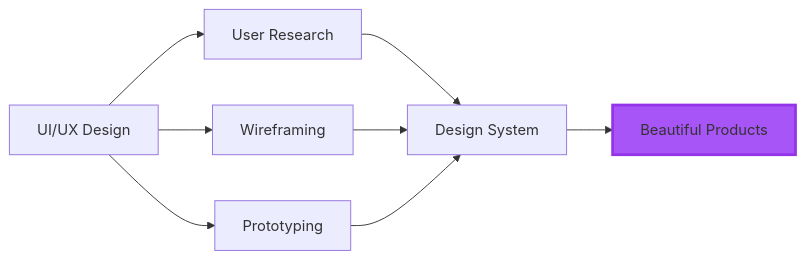
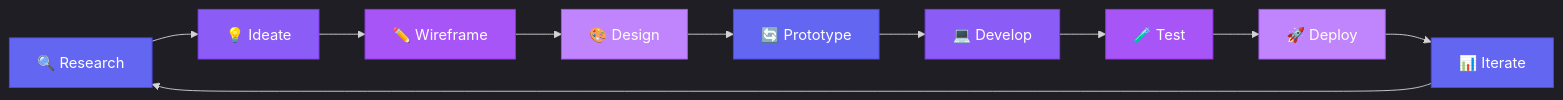
The diagram in README.md (misharasandalidesilva/MisharaSandaliDeSilva), drawn with Mermaid before and after one commit. The commit also changed other lines of this file, not shown here.

````diff
--- a/README.md
+++ b/README.md
@@ -90,11 +106,23 @@
 ```mermaid
+%%{init: {'theme':'dark', 'themeVariables': { 'primaryColor':'#6366F1'}}}%%
 graph LR
-    A[UI/UX Design] --> B[User Research]
-    A --> C[Wireframing]
-    A --> D[Prototyping]
-    B --> E[Design System]
-    C --> E
-    D --> E
-    E --> F[Beautiful Products]
-    style F fill:#a855f7,stroke:#9333ea,stroke-width:3px
+    A[🔍 Research] --> B[💡 Ideate]
+    B --> C[✏️ Wireframe]
+    C --> D[🎨 Design]
+    D --> E[🔄 Prototype]
+    E --> F[💻 Develop]
+    F --> G[🧪 Test]
+    G --> H[🚀 Deploy]
+    H --> I[📊 Iterate]
+    I --> A
+    
+    style A fill:#6366F1,stroke:#4F46E5,color:#fff
+    style B fill:#8B5CF6,stroke:#7C3AED,color:#fff
+    style C fill:#A855F7,stroke:#9333EA,color:#fff
+    style D fill:#C084FC,stroke:#A855F7,color:#fff
+    style E fill:#6366F1,stroke:#4F46E5,color:#fff
+    style F fill:#8B5CF6,stroke:#7C3AED,color:#fff
+    style G fill:#A855F7,stroke:#9333EA,color:#fff
+    style H fill:#C084FC,stroke:#A855F7,color:#fff
+    style I fill:#6366F1,stroke:#4F46E5,color:#fff
 ```
````
